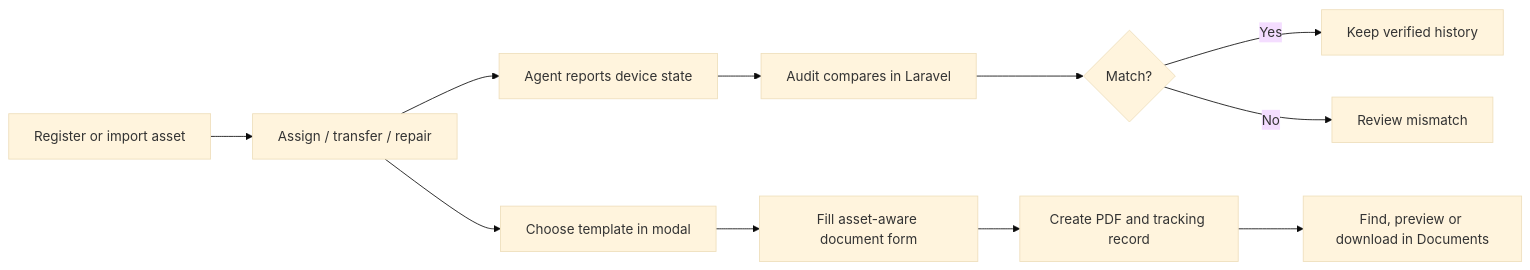
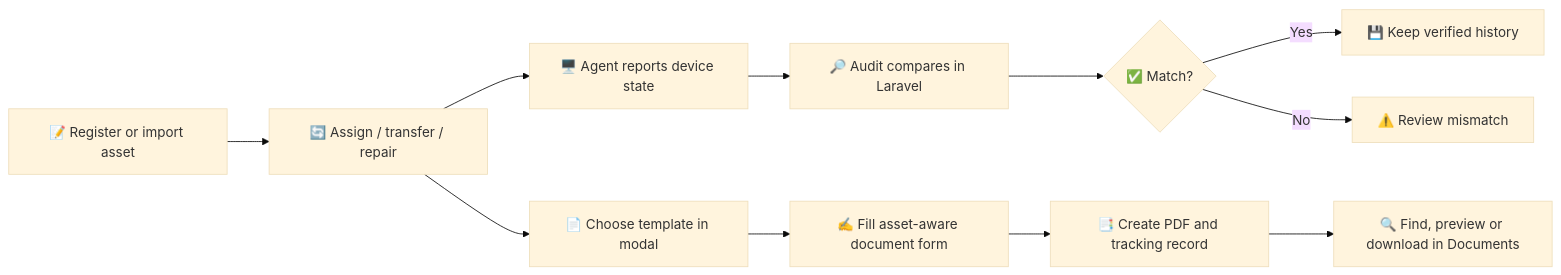
One commit to masmbull/TRACKER-ASSET changed the diagram in README.md. Above: the diagram before and after it, drawn with Mermaid (base theme). The commit also changed other lines of this file, not shown here.

````diff
--- a/README.md
+++ b/README.md
@@ -42,13 +46,13 @@
 ```mermaid
 flowchart LR
-    A[Register or import asset] --> B[Assign / transfer / repair]
-    B --> C[Agent reports device state]
-    C --> D[Audit compares in Laravel]
-    D --> E{Match?}
-    E -->|Yes| F[Keep verified history]
-    E -->|No| G[Review mismatch]
-    B --> H[Choose template in modal]
-    H --> I[Fill asset-aware document form]
-    I --> J[Create PDF and tracking record]
-    J --> K[Find, preview or download in Documents]
+    A[📝 Register or import asset] --> B[🔄 Assign / transfer / repair]
+    B --> C[🖥️ Agent reports device state]
+    C --> D[🔎 Audit compares in Laravel]
+    D --> E{✅ Match?}
+    E -->|Yes| F[💾 Keep verified history]
+    E -->|No| G[⚠️ Review mismatch]
+    B --> H[📄 Choose template in modal]
+    H --> I[✍️ Fill asset-aware document form]
+    I --> J[📑 Create PDF and tracking record]
+    J --> K[🔍 Find, preview or download in Documents]
 ```
````
